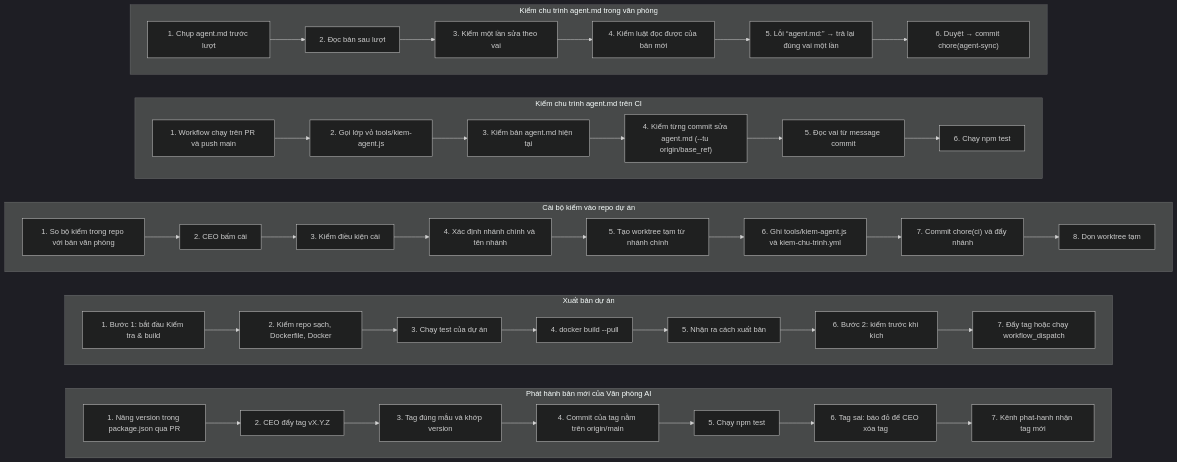
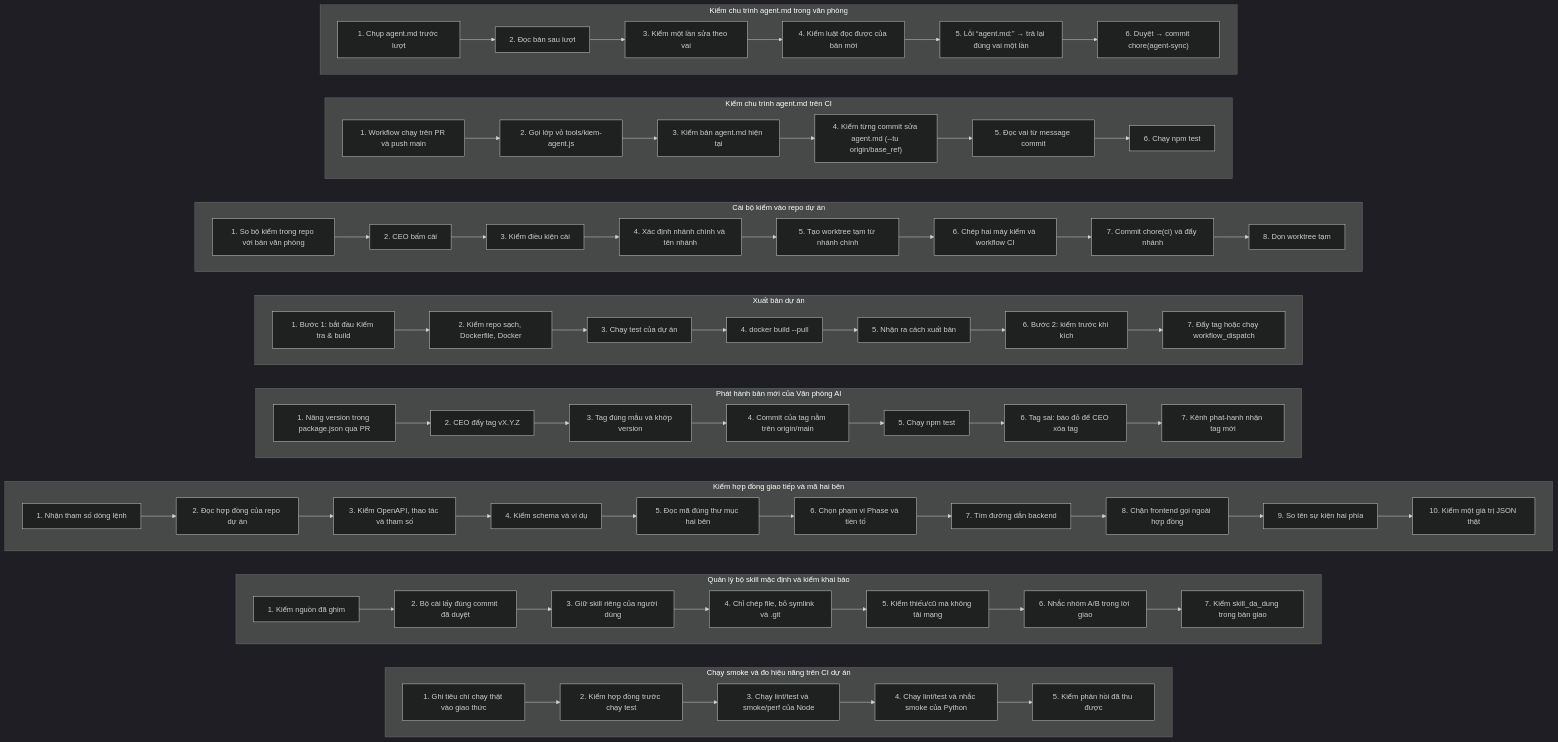
One commit to Thequancute215-sys/V-n-ph-ng-ch-nh-ph- changed the ninth of 10 diagrams in docs/BAN-DO-HE-THONG.md. Above: the diagram before and after it, drawn with Mermaid (dark theme). The commit also changed other lines of this file and 9 other files, not shown here.

````diff
--- a/docs/BAN-DO-HE-THONG.md
+++ b/docs/BAN-DO-HE-THONG.md
@@ -1145,7 +1649,7 @@
     step_cai_bo_kiem_kiem_dieu_kien["3. Kiểm điều kiện cài"]
     step_cai_bo_kiem_dat_ten_nhanh["4. Xác định nhánh chính và tên nhánh"]
     step_cai_bo_kiem_worktree_tam["5. Tạo worktree tạm từ nhánh chính"]
-    step_cai_bo_kiem_ghi_hai_file["6. Ghi tools/kiem-agent.js và kiem-chu-trinh.yml"]
+    step_cai_bo_kiem_ghi_hai_file["6. Chép hai máy kiểm và workflow CI"]
     step_cai_bo_kiem_commit_day["7. Commit chore(ci) và đẩy nhánh"]
     step_cai_bo_kiem_don_dep["8. Dọn worktree tạm"]
     step_cai_bo_kiem_trang_thai --> step_cai_bo_kiem_bam_cai
@@ -1188,8 +1692,61 @@
     step_phat_hanh_app_chay_test --> step_phat_hanh_app_tag_sai
     step_phat_hanh_app_tag_sai --> step_phat_hanh_app_kenh_nhan
   end
+  subgraph flow_kiem_hop_dong_giao_tiep["Kiểm hợp đồng giao tiếp và mã hai bên"]
+    direction LR
+    step_kiem_hop_dong_giao_tiep_vo_lenh["1. Nhận tham số dòng lệnh"]
+    step_kiem_hop_dong_giao_tiep_doc_json["2. Đọc hợp đồng của repo dự án"]
+    step_kiem_hop_dong_giao_tiep_cau_truc["3. Kiểm OpenAPI, thao tác và tham số"]
+    step_kiem_hop_dong_giao_tiep_schema["4. Kiểm schema và ví dụ"]
+    step_kiem_hop_dong_giao_tiep_doc_ma["5. Đọc mã đúng thư mục hai bên"]
+    step_kiem_hop_dong_giao_tiep_phase["6. Chọn phạm vi Phase và tiền tố"]
+    step_kiem_hop_dong_giao_tiep_backend["7. Tìm đường dẫn backend"]
+    step_kiem_hop_dong_giao_tiep_frontend["8. Chặn frontend gọi ngoài hợp đồng"]
+    step_kiem_hop_dong_giao_tiep_su_kien["9. So tên sự kiện hai phía"]
+    step_kiem_hop_dong_giao_tiep_mau_that["10. Kiểm một giá trị JSON thật"]
+    step_kiem_hop_dong_giao_tiep_vo_lenh --> step_kiem_hop_dong_giao_tiep_doc_json
+    step_kiem_hop_dong_giao_tiep_doc_json --> step_kiem_hop_dong_giao_tiep_cau_truc
+    step_kiem_hop_dong_giao_tiep_cau_truc --> step_kiem_hop_dong_giao_tiep_schema
+    step_kiem_hop_dong_giao_tiep_schema --> step_kiem_hop_dong_giao_tiep_doc_ma
+    step_kiem_hop_dong_giao_tiep_doc_ma --> step_kiem_hop_dong_giao_tiep_phase
+    step_kiem_hop_dong_giao_tiep_phase --> step_kiem_hop_dong_giao_tiep_backend
+    step_kiem_hop_dong_giao_tiep_backend --> step_kiem_hop_dong_giao_tiep_frontend
+    step_kiem_hop_dong_giao_tiep_frontend --> step_kiem_hop_dong_giao_tiep_su_kien
+    step_kiem_hop_dong_giao_tiep_su_kien --> step_kiem_hop_dong_giao_tiep_mau_that
+  end
+  subgraph flow_bo_skill_mac_dinh["Quản lý bộ skill mặc định và kiểm khai báo"]
+    direction LR
+    step_bo_skill_mac_dinh_danh_muc["1. Kiểm nguồn đã ghim"]
+    step_bo_skill_mac_dinh_nguon["2. Bộ cài lấy đúng commit đã duyệt"]
+    step_bo_skill_mac_dinh_khong_de["3. Giữ skill riêng của người dùng"]
+    step_bo_skill_mac_dinh_chep["4. Chỉ chép file, bỏ symlink và .git"]
+    step_bo_skill_mac_dinh_kiem["5. Kiểm thiếu/cũ mà không tải mạng"]
+    step_bo_skill_mac_dinh_loi_giao["6. Nhắc nhóm A/B trong lời giao"]
+    step_bo_skill_mac_dinh_khai_bao["7. Kiểm skill_da_dung trong bàn giao"]
+    step_bo_skill_mac_dinh_danh_muc --> step_bo_skill_mac_dinh_nguon
+    step_bo_skill_mac_dinh_nguon --> step_bo_skill_mac_dinh_khong_de
+    step_bo_skill_mac_dinh_khong_de --> step_bo_skill_mac_dinh_chep
+    step_bo_skill_mac_dinh_chep --> step_bo_skill_mac_dinh_kiem
+    step_bo_skill_mac_dinh_kiem --> step_bo_skill_mac_dinh_loi_giao
+    step_bo_skill_mac_dinh_loi_giao --> step_bo_skill_mac_dinh_khai_bao
+  end
+  subgraph flow_chay_that_tren_ci["Chạy smoke và đo hiệu năng trên CI dự án"]
+    direction LR
+    step_chay_that_tren_ci_luat["1. Ghi tiêu chí chạy thật vào giao thức"]
+    step_chay_that_tren_ci_kiem["2. Kiểm hợp đồng trước chạy test"]
+    step_chay_that_tren_ci_node["3. Chạy lint/test và smoke/perf của Node"]
+    step_chay_that_tren_ci_python["4. Chạy lint/test và nhắc smoke của Python"]
+    step_chay_that_tren_ci_phan_hoi["5. Kiểm phản hồi đã thu được"]
+    step_chay_that_tren_ci_luat --> step_chay_that_tren_ci_kiem
+    step_chay_that_tren_ci_kiem --> step_chay_that_tren_ci_node
+    step_chay_that_tren_ci_node --> step_chay_that_tren_ci_python
+    step_chay_that_tren_ci_python --> step_chay_that_tren_ci_phan_hoi
+  end
   flow_kiem_chu_trinh ~~~ flow_kiem_chu_trinh_ci
   flow_kiem_chu_trinh_ci ~~~ flow_cai_bo_kiem
   flow_cai_bo_kiem ~~~ flow_xuat_ban_du_an
   flow_xuat_ban_du_an ~~~ flow_phat_hanh_app
+  flow_phat_hanh_app ~~~ flow_kiem_hop_dong_giao_tiep
+  flow_kiem_hop_dong_giao_tiep ~~~ flow_bo_skill_mac_dinh
+  flow_bo_skill_mac_dinh ~~~ flow_chay_that_tren_ci
 ```
````
